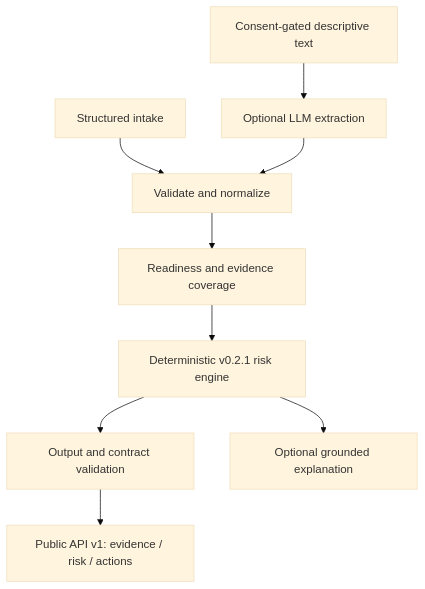
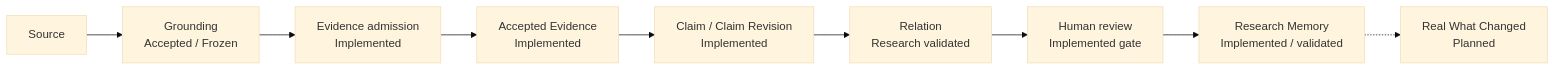
One commit to Anhao1314/flowcredit-research changed the first of 2 diagrams in README.md. Above: the diagram before and after it, drawn with Mermaid (base theme). The commit also changed other lines of this file and 51 other files, not shown here.

Commit message:
feat(showcase): publish FlowCredit research surface and frozen contracts

````diff
--- a/README.md
+++ b/README.md
@@ -46,11 +58,11 @@
 ```mermaid
-flowchart TD
-    S[Structured intake] --> I[Validate and normalize]
-    T[Consent-gated descriptive text] --> L[Optional LLM extraction]
-    L --> I
-    I --> E[Readiness and evidence coverage]
-    E --> R[Deterministic v0.2.1 risk engine]
-    R --> V[Output and contract validation]
-    V --> A[Public API v1: evidence / risk / actions]
-    R --> X[Optional grounded explanation]
+flowchart LR
+    A[Source] --> B[Grounding<br/>Accepted / Frozen]
+    B --> C[Evidence admission<br/>Implemented]
+    C --> D[Accepted Evidence<br/>Implemented]
+    D --> E[Claim / Claim Revision<br/>Implemented]
+    E --> F[Relation<br/>Research validated]
+    F --> G[Human review<br/>Implemented gate]
+    G --> H[Research Memory<br/>Implemented / validated]
+    H -.-> I[Real What Changed<br/>Planned]
 ```
````
